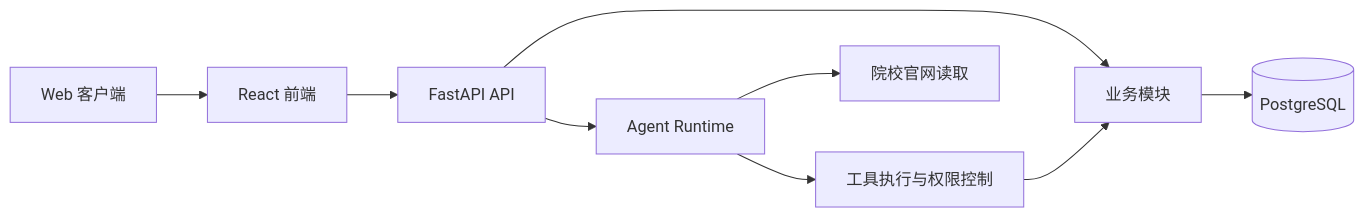
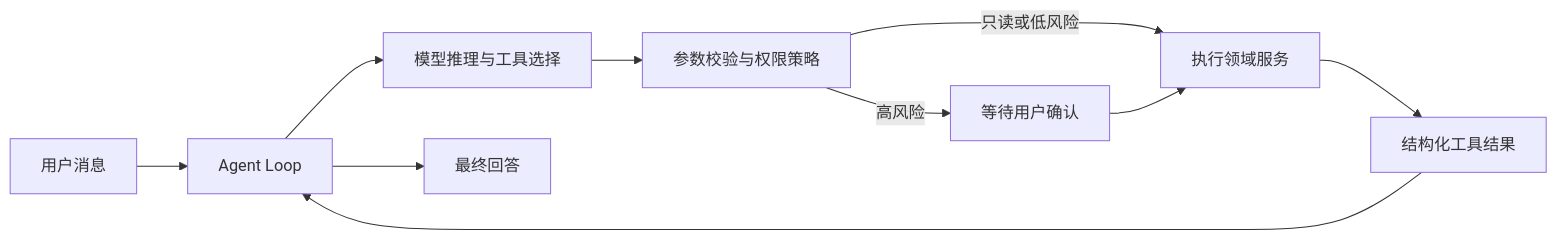
Before and after one commit to chenliuxi0519/ApplyPilot: the diagram in README.md, drawn with Mermaid. The commit also changed other lines of this file, not shown here.

````diff
--- a/README.md
+++ b/README.md
@@ -105,11 +24,12 @@
 ```mermaid
 flowchart LR
-    U["Web 客户端"] --> F["React 前端"]
-    F --> A["FastAPI API"]
-    A --> M["业务模块"]
-    A --> R["Agent Runtime"]
-    R --> H["工具执行与权限控制"]
-    H --> M
-    R --> W["院校官网读取"]
-    M --> D[("PostgreSQL")]
+    U["用户消息"] --> L["Agent Loop"]
+    L --> M["模型推理与工具选择"]
+    M --> G["参数校验与权限策略"]
+    G -->|"只读或低风险"| T["执行领域服务"]
+    G -->|"高风险"| C["等待用户确认"]
+    C --> T
+    T --> R["结构化工具结果"]
+    R --> L
+    L --> A["最终回答"]
 ```
````
